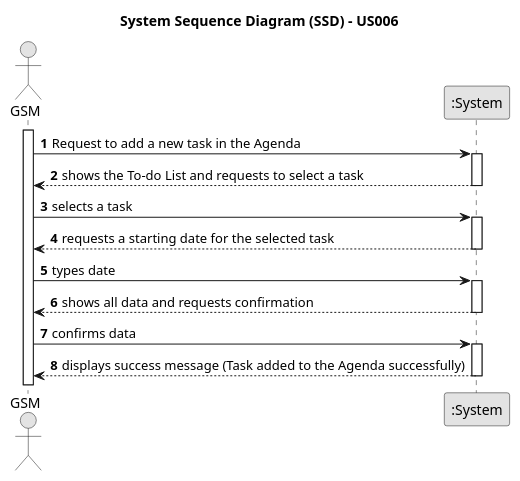
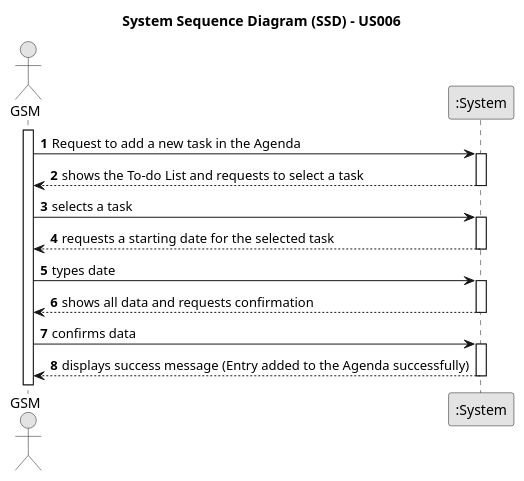
One commit to ricardomm7/leaflink changed the diagram in docs/sprintC/us022/01.requirements-engineering/puml/us022-system-sequence-diagram-alternative-one.puml. Above: the diagram before and after it, drawn with PlantUML. The commit also changed 14 other files, not shown here.

```diff
--- a/docs/sprintC/us022/01.requirements-engineering/puml/us022-system-sequence-diagram-alternative-one.puml
+++ b/docs/sprintC/us022/01.requirements-engineering/puml/us022-system-sequence-diagram-alternative-one.puml
@@ -1,41 +1,41 @@
 @startuml
 skinparam monochrome true
 skinparam packageStyle rectangle
 skinparam shadowing false
 
 title System Sequence Diagram (SSD) - US006
 
 autonumber
 
 actor "GSM" as GSM
 participant ":System" as System
 
 activate GSM
 
     GSM -> System : Request to add a new task in the Agenda
     activate System
 
         System --> GSM : shows the To-do List and requests to select a task
     deactivate System
 
     GSM -> System : selects a task
 
     activate System
 
         System --> GSM : requests a starting date for the selected task
     deactivate System
 
     GSM -> System : types date
 
     activate System
 
         System --> GSM : shows all data and requests confirmation
     deactivate System
 
     GSM -> System : confirms data
     activate System
 
-        System --> GSM : displays success message (Task added to the Agenda successfully)
+        System --> GSM : displays success message (Entry added to the Agenda successfully)
     deactivate System
 
 @enduml
```
